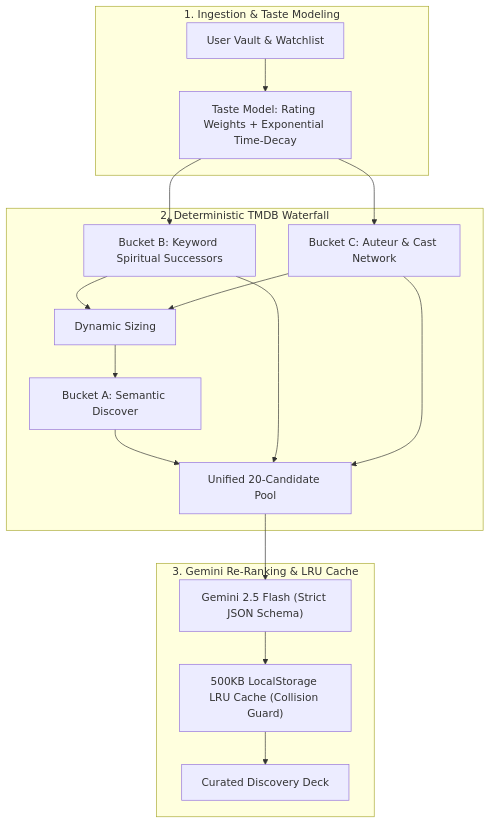
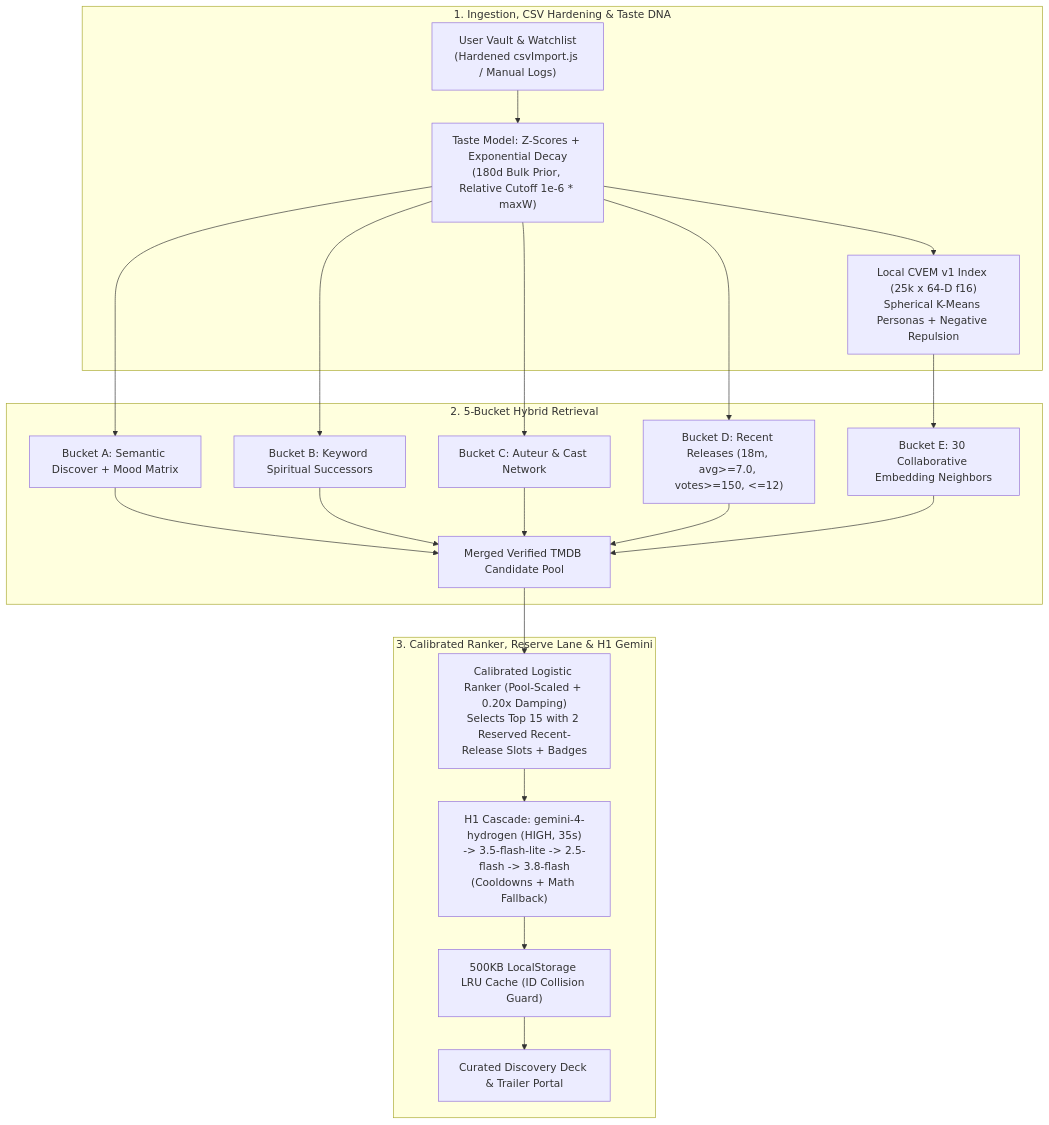
Before and after one commit to khuzaima175/React-Movie-Original: the diagram in README.md, drawn with Mermaid. The commit also changed other lines of this file and 4 other files, not shown here.

Commit message:
docs: expand guides, add LOCAL_MODEL_GUIDE.md, convert links to relative paths, and document AI model UI telemetry

````diff
--- a/README.md
+++ b/README.md
@@ -45,19 +53,23 @@
 ```mermaid
 flowchart TD
-    subgraph Ingestion ["1. Ingestion & Taste Modeling"]
-        V["User Vault & Watchlist"] --> TM["Taste Model: Rating Weights + Exponential Time-Decay"]
+    subgraph Ingestion ["1. Ingestion, CSV Hardening & Taste DNA"]
+        V["User Vault & Watchlist\n(Hardened csvImport.js / Manual Logs)"] --> TM["Taste Model: Z-Scores + Exponential Decay\n(180d Bulk Prior, Relative Cutoff 1e-6 * maxW)"]
+        TM --> EMB["Local CVEM v1 Index (25k x 64-D f16)\nSpherical K-Means Personas + Negative Repulsion"]
     end
 
-    subgraph Harvesting ["2. Deterministic TMDB Waterfall"]
+    subgraph Harvesting ["2. 5-Bucket Hybrid Retrieval"]
         TM --> B2["Bucket B: Keyword Spiritual Successors"]
         TM --> B3["Bucket C: Auteur & Cast Network"]
-        B2 & B3 --> DYN["Dynamic Sizing"] --> B1["Bucket A: Semantic Discover"]
-        B1 & B2 & B3 --> CP["Unified 20-Candidate Pool"]
+        TM --> B1["Bucket A: Semantic Discover + Mood Matrix"]
+        TM --> B4["Bucket D: Recent Releases (18m, avg>=7.0, votes>=150, <=12)"]
+        EMB --> B5["Bucket E: 30 Collaborative Embedding Neighbors"]
+        B1 & B2 & B3 & B4 & B5 --> CP["Merged Verified TMDB Candidate Pool"]
     end
 
-    subgraph ReRanking ["3. Gemini Re-Ranking & LRU Cache"]
-        CP --> GEM["Gemini 2.5 Flash (Strict JSON Schema)"]
-        GEM --> CACHE["500KB LocalStorage LRU Cache (Collision Guard)"]
-        CACHE --> UI["Curated Discovery Deck"]
+    subgraph ReRanking ["3. Calibrated Ranker, Reserve Lane & H1 Gemini"]
+        CP --> RNK["Calibrated Logistic Ranker (Pool-Scaled + 0.20x Damping)\nSelects Top 15 with 2 Reserved Recent-Release Slots + Badges"]
+        RNK --> GEM["H1 Cascade: gemini-4-hydrogen (HIGH, 35s)\n-> 3.5-flash-lite -> 2.5-flash -> 3.8-flash\n(Cooldowns + Math Fallback)"]
+        GEM --> CACHE["500KB LocalStorage LRU Cache (ID Collision Guard)"]
+        CACHE --> UI["Curated Discovery Deck & Trailer Portal"]
     end
 ```
````
